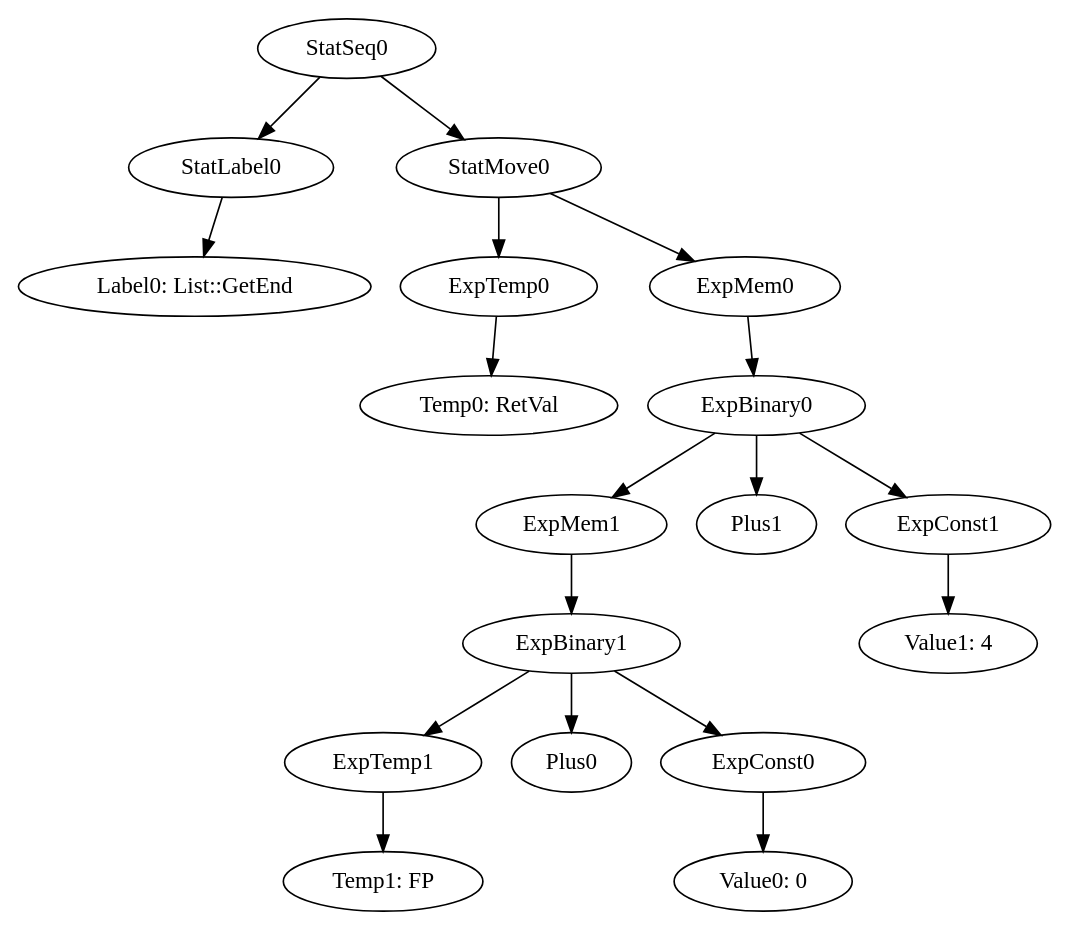
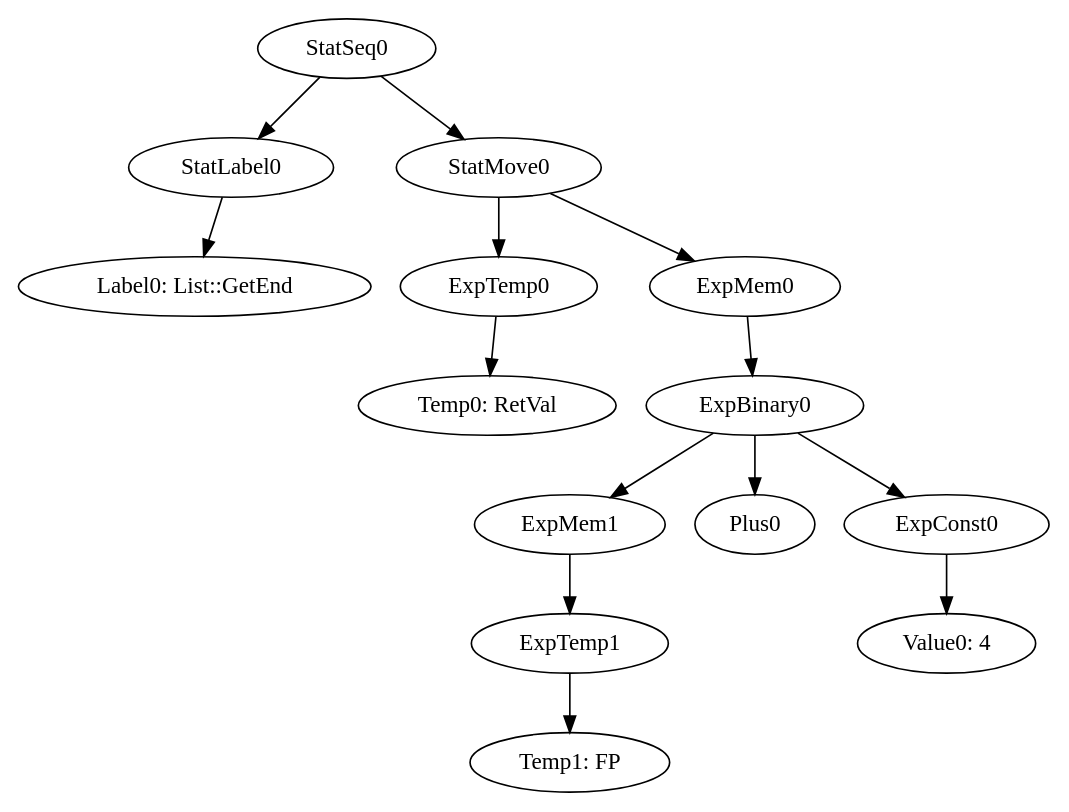
One commit to team-compilers/compilers changed the diagram in MiniJava/results/SamplesCorrect/LinkedList/irt_List::GetEnd.gv. Above: the diagram before and after it, drawn with Graphviz. The commit also changed 138 other files, not shown here.

```diff
--- a/MiniJava/results/SamplesCorrect/LinkedList/irt_List::GetEnd.gv
+++ b/MiniJava/results/SamplesCorrect/LinkedList/irt_List::GetEnd.gv
@@ -1,20 +1,16 @@
 digraph {
 	ordering = out;
+	ExpMem0 -> ExpBinary0;
+	ExpMem1 -> ExpTemp1;
+	ExpTemp1 -> "Temp1: FP";
+	ExpConst0 -> "Value0: 4";
+	StatLabel0 -> "Label0: List::GetEnd";
+	StatSeq0 -> StatLabel0;
+	StatSeq0 -> StatMove0;
+	ExpTemp0 -> "Temp0: RetVal";
+	ExpBinary0 -> ExpMem1;
+	ExpBinary0 -> Plus0;
+	ExpBinary0 -> ExpConst0;
 	StatMove0 -> ExpTemp0;
 	StatMove0 -> ExpMem0;
-	ExpBinary0 -> ExpMem1;
-	ExpBinary0 -> Plus1;
-	ExpBinary0 -> ExpConst1;
-	ExpTemp0 -> "Temp0: RetVal";
-	StatSeq0 -> StatLabel0;
-	StatSeq0 -> StatMove0;
-	StatLabel0 -> "Label0: List::GetEnd";
-	ExpTemp1 -> "Temp1: FP";
-	ExpMem0 -> ExpBinary0;
-	ExpBinary1 -> ExpTemp1;
-	ExpBinary1 -> Plus0;
-	ExpBinary1 -> ExpConst0;
-	ExpConst1 -> "Value1: 4";
-	ExpConst0 -> "Value0: 0";
-	ExpMem1 -> ExpBinary1;
 }
```
